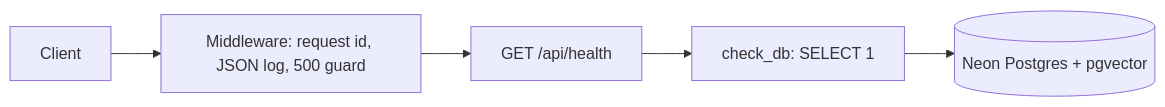
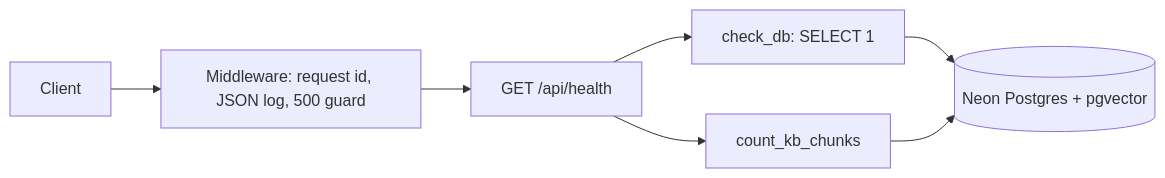
Before and after one commit to AdithyaChauhan/vantis-sales-agent: the first of 3 diagrams in docs/ARCHITECTURE.md, drawn with Mermaid. The commit also changed other lines of this file and 22 other files, not shown here.

````diff
--- a/docs/ARCHITECTURE.md
+++ b/docs/ARCHITECTURE.md
@@ -20,7 +24,9 @@
 ```mermaid
 flowchart LR
   client["Client"] --> mw["Middleware: request id, JSON log, 500 guard"]
   mw --> health["GET /api/health"]
   health --> check["check_db: SELECT 1"]
+  health --> count["count_kb_chunks"]
   check --> neon[("Neon Postgres + pgvector")]
+  count --> neon
 ```
````
